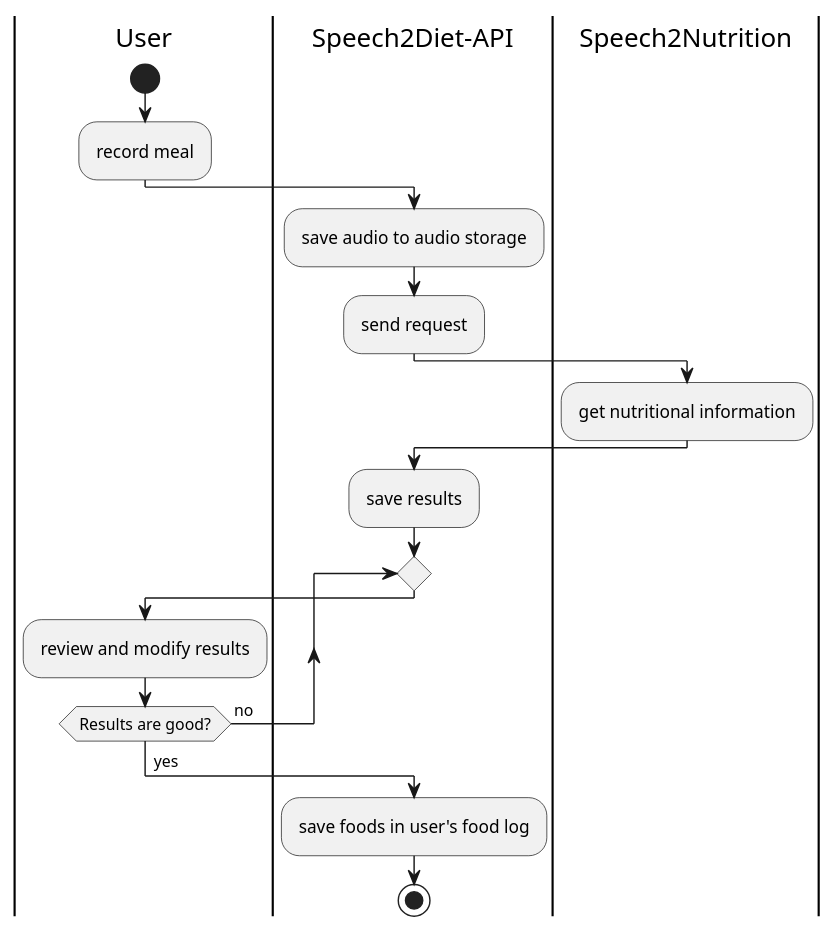
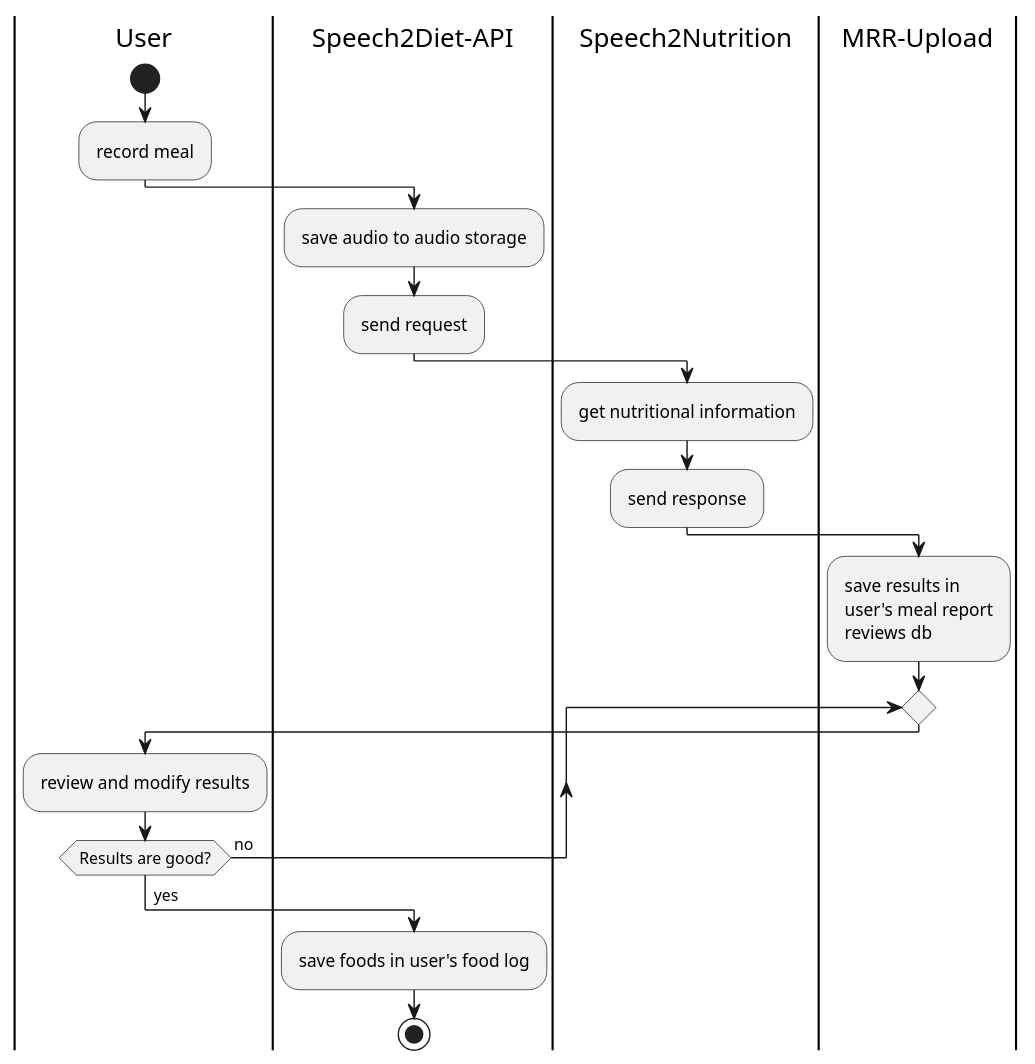
Before and after one commit to dgop92/speech2diet: the diagram in architecture-diagrams/process/foodlog.puml, drawn with PlantUML. The commit also changed 1 other file, not shown here.

Commit message:
docs: add more details to diagrams

```diff
--- a/architecture-diagrams/process/foodlog.puml
+++ b/architecture-diagrams/process/foodlog.puml
@@ -1,27 +1,28 @@
 @startuml foodlog-activity-diagram
 skinparam padding 2
 
 |User|
 start
 :record meal;
 
 |Speech2Diet-API|
 :save audio to audio storage;
 :send request;
 
 |Speech2Nutrition|
 :get nutritional information;
+:send response;
 
-|Speech2Diet-API|
-:save results;
+|MRR-Upload|
+:save results in\nuser's meal report\nreviews db;
 
 repeat
   |User|
   :review and modify results;
 repeat while (Results are good?) is (no)
 ->yes;
 |Speech2Diet-API|
 :save foods in user's food log;
 stop
 
 @enduml
```
